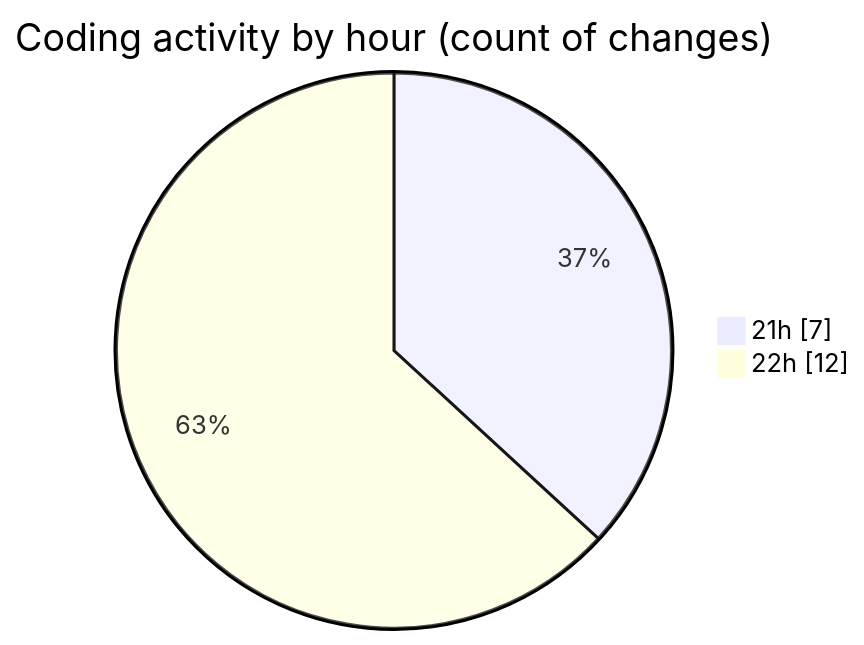
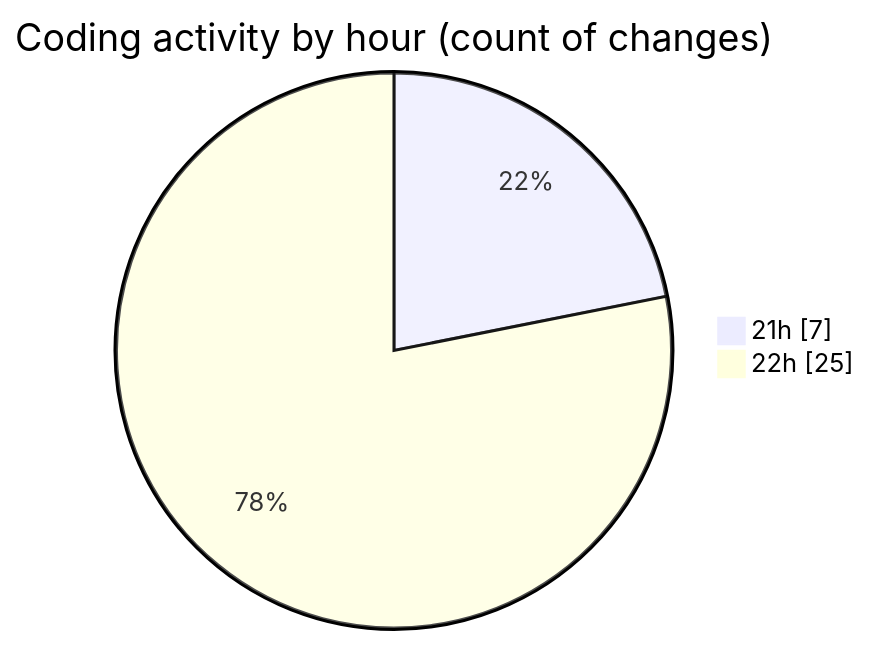
Before and after one commit to EIIisD/code-tracking: the second of 2 diagrams in 2025-08-26/mcp-web/README.md, drawn with Mermaid. The commit also changed other lines of this file and 1 other file, not shown here.

````diff
--- a/2025-08-26/mcp-web/README.md
+++ b/2025-08-26/mcp-web/README.md
@@ -30,6 +30,6 @@
 ```mermaid
 pie showData
 title Coding activity by hour (count of changes)
 "21h" : 7
-"22h" : 12
+"22h" : 25
 ```
````
